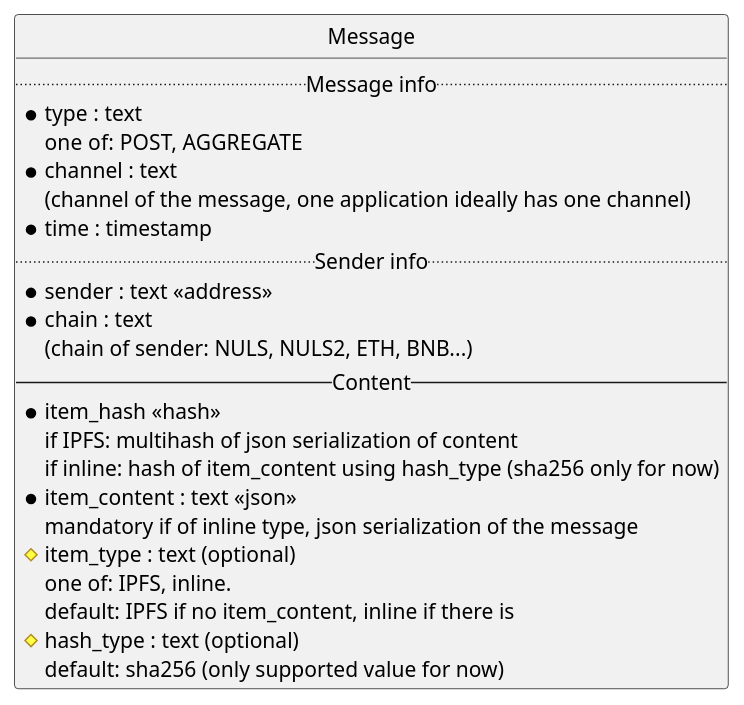
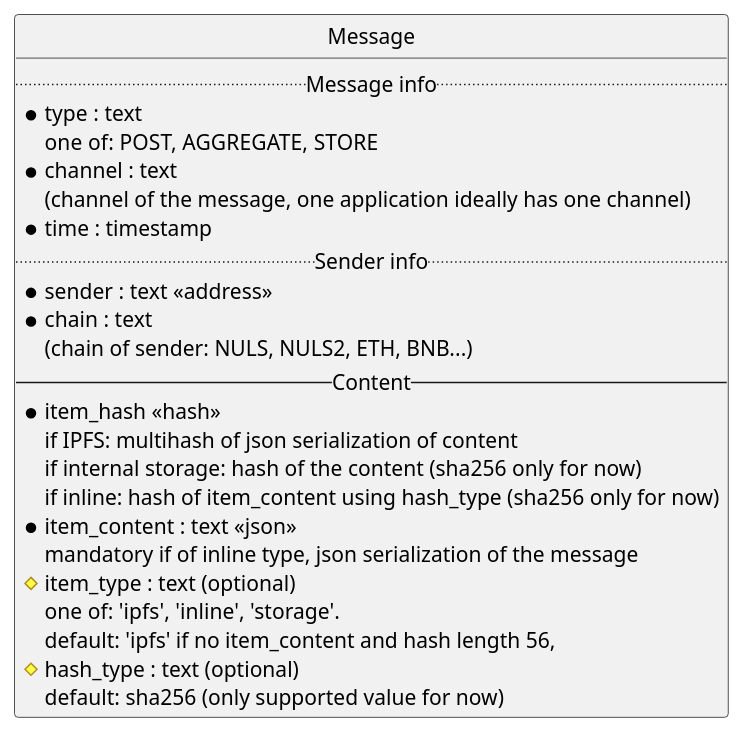
The first of 2 diagrams in docs/content/introduction.rst (aleph-im/aleph-client), drawn with PlantUML before and after one commit. The commit also changed other lines of this file, not shown here.

Commit message:
updating docs on message types

```diff
--- a/docs/content/introduction.rst
+++ b/docs/content/introduction.rst
@@ -22,29 +22,31 @@
 .. uml::
 
     @startuml
         entity Message {
             .. Message info ..
             *type : text
-            one of: POST, AGGREGATE
+            one of: POST, AGGREGATE, STORE
             *channel : text
             (channel of the message, one application ideally has one channel)
             *time : timestamp
             .. Sender info ..
             *sender : text <<address>>
             *chain : text
             (chain of sender: NULS, NULS2, ETH, BNB...)
             -- Content --
             *item_hash <<hash>>
             if IPFS: multihash of json serialization of content
+            if internal storage: hash of the content (sha256 only for now)
             if inline: hash of item_content using hash_type (sha256 only for now)
             *item_content : text <<json>>
             mandatory if of inline type, json serialization of the message
             #item_type : text (optional)
-            one of: IPFS, inline.
-            default: IPFS if no item_content, inline if there is
+            one of: 'ipfs', 'inline', 'storage'.
+            default: 'ipfs' if no item_content and hash length 56,
+                     'storage' if length 64, 'inline' if there is an item_content.
             #hash_type : text (optional)
             default: sha256 (only supported value for now)
         }
 
         hide circle
     @enduml
```
